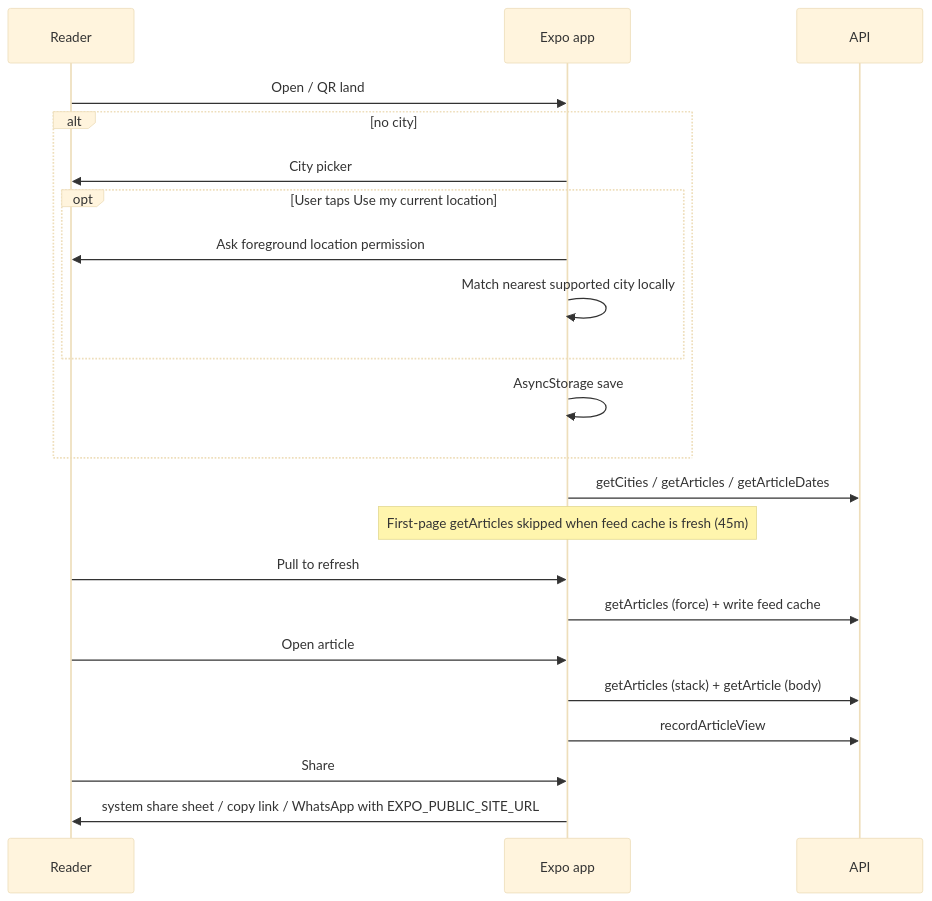
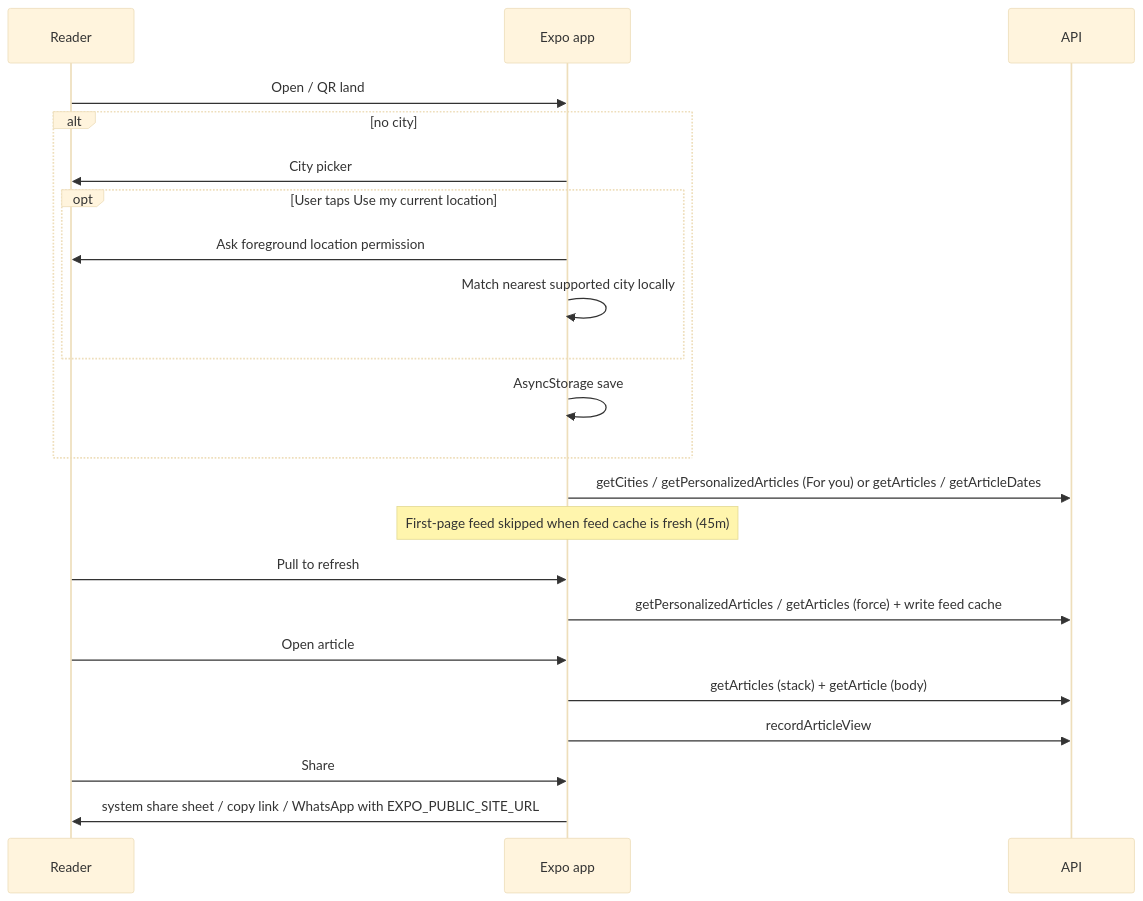
Before and after one commit to sshivanshg/TAZAkhabar: the second of 2 diagrams in docs/architecture/06-reader-app.md, drawn with Mermaid (base theme). The commit also changed other lines of this file and 3 other files, not shown here.

First line of the commit message:
docs: atlas pages for anonymous personalized feed

````diff
--- a/docs/architecture/06-reader-app.md
+++ b/docs/architecture/06-reader-app.md
@@ -106,24 +106,24 @@
 ```mermaid
 sequenceDiagram
   participant U as Reader
   participant App as Expo app
   participant API as API
   U->>App: Open / QR land
   alt no city
     App->>U: City picker
     opt User taps Use my current location
       App->>U: Ask foreground location permission
       App->>App: Match nearest supported city locally
     end
     App->>App: AsyncStorage save
   end
-  App->>API: getCities / getArticles / getArticleDates
-  Note over App: First-page getArticles skipped when feed cache is fresh (45m)
+  App->>API: getCities / getPersonalizedArticles (For you) or getArticles / getArticleDates
+  Note over App: First-page feed skipped when feed cache is fresh (45m)
   U->>App: Pull to refresh
-  App->>API: getArticles (force) + write feed cache
+  App->>API: getPersonalizedArticles / getArticles (force) + write feed cache
   U->>App: Open article
   App->>API: getArticles (stack) + getArticle (body)
   App->>API: recordArticleView
   U->>App: Share
   App->>U: system share sheet / copy link / WhatsApp with EXPO_PUBLIC_SITE_URL
 ```
````
